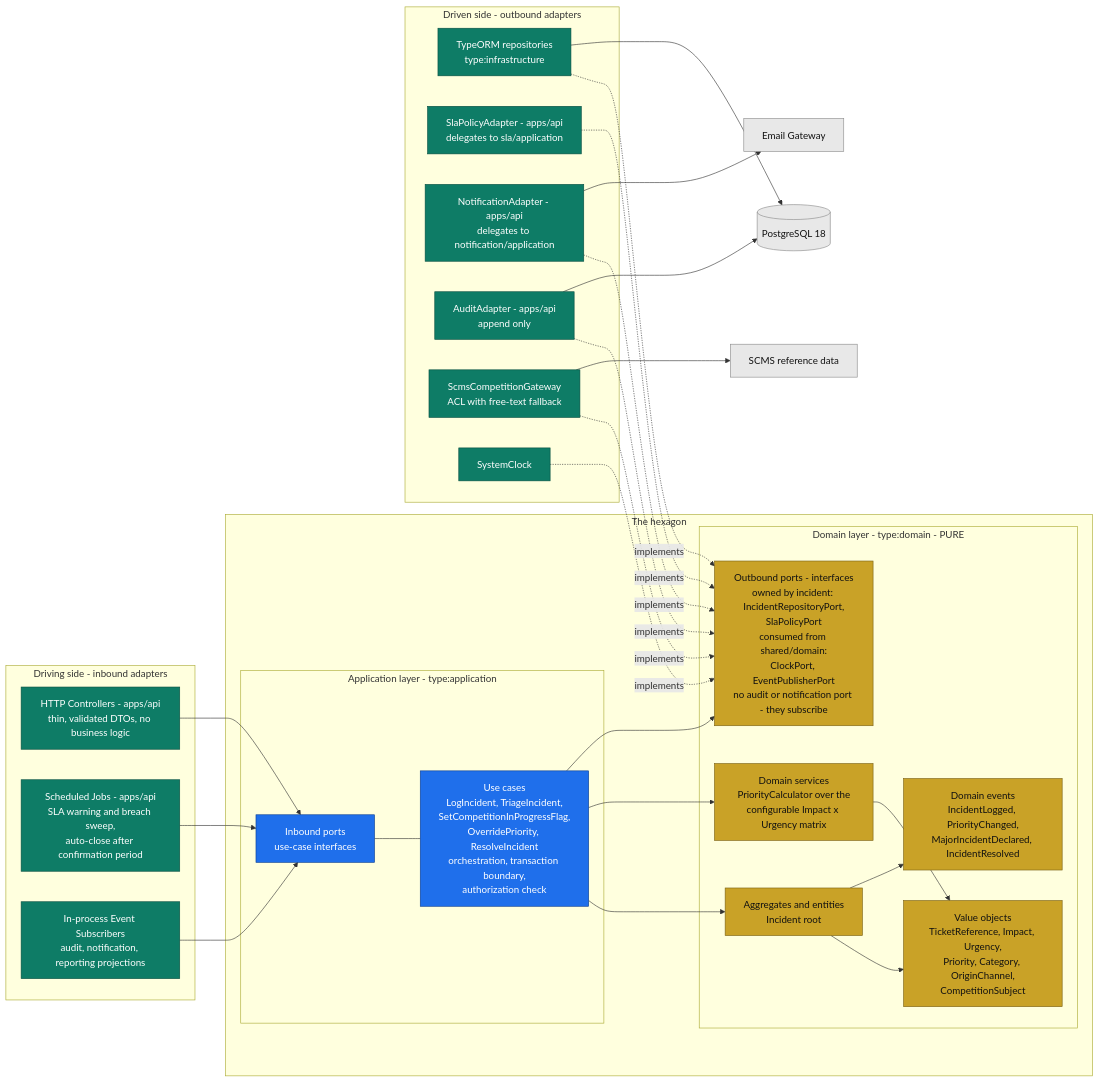
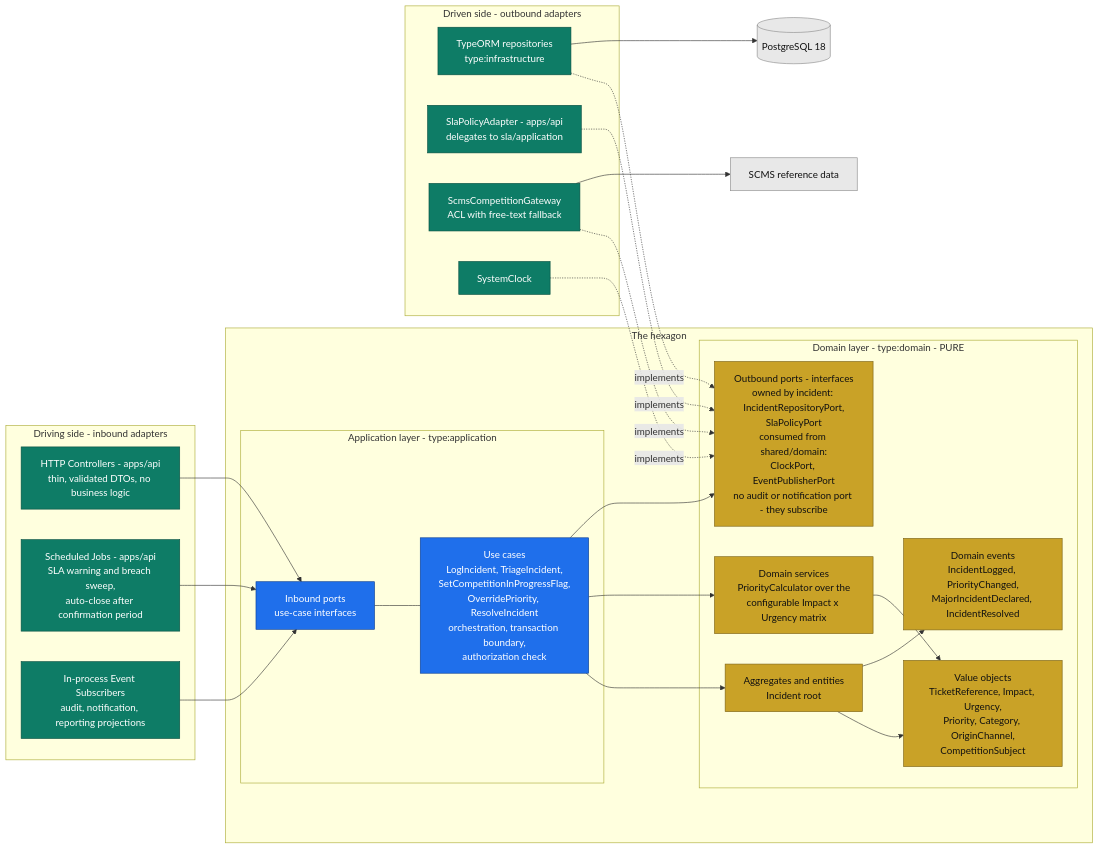
Before and after one commit to igomez-ai4devs-projects/AI4Devs-finalproject: the sixth of 9 diagrams in docs/product/ARCHITECTURE.md, drawn with Mermaid. The commit also changed other lines of this file and 7 other files, not shown here.

````diff
--- a/docs/product/ARCHITECTURE.md
+++ b/docs/product/ARCHITECTURE.md
@@ -646,67 +646,60 @@
 ```mermaid
 flowchart LR
     subgraph driving["Driving side - inbound adapters"]
         HTTP["HTTP Controllers - apps/api<br/>thin, validated DTOs, no business logic"]
         SCHED["Scheduled Jobs - apps/api<br/>SLA warning and breach sweep,<br/>auto-close after confirmation period"]
         EVTIN["In-process Event Subscribers<br/>audit, notification, reporting projections"]
     end
 
     subgraph hex["The hexagon"]
         subgraph applayer["Application layer - type:application"]
             UC["Use cases<br/>LogIncident, TriageIncident,<br/>SetCompetitionInProgressFlag,<br/>OverridePriority, ResolveIncident<br/>orchestration, transaction boundary,<br/>authorization check"]
             IP["Inbound ports<br/>use-case interfaces"]
         end
         subgraph domlayer["Domain layer - type:domain - PURE"]
             AGG["Aggregates and entities<br/>Incident root"]
             VO["Value objects<br/>TicketReference, Impact, Urgency,<br/>Priority, Category, OriginChannel,<br/>CompetitionSubject"]
             DS["Domain services<br/>PriorityCalculator over the<br/>configurable Impact x Urgency matrix"]
             DE["Domain events<br/>IncidentLogged, PriorityChanged,<br/>MajorIncidentDeclared, IncidentResolved"]
             OP["Outbound ports - interfaces<br/>owned by incident: IncidentRepositoryPort,<br/>SlaPolicyPort<br/>consumed from shared/domain:<br/>ClockPort, EventPublisherPort<br/>no audit or notification port - they subscribe"]
         end
     end
 
     subgraph driven["Driven side - outbound adapters"]
         REPO["TypeORM repositories<br/>type:infrastructure"]
         SLAAD["SlaPolicyAdapter - apps/api<br/>delegates to sla/application"]
-        NOTAD["NotificationAdapter - apps/api<br/>delegates to notification/application"]
-        AUDAD["AuditAdapter - apps/api<br/>append only"]
         SCMSAD["ScmsCompetitionGateway<br/>ACL with free-text fallback"]
         CLOCK["SystemClock"]
     end
 
     DBX[("PostgreSQL 18")]
-    MAILX["Email Gateway"]
     SCMSX["SCMS reference data"]
 
     HTTP --> IP
     SCHED --> IP
     EVTIN --> IP
     IP --- UC
     UC --> AGG
     UC --> DS
     UC --> OP
     AGG --> VO
     AGG --> DE
     DS --> VO
 
     REPO -.->|"implements"| OP
     SLAAD -.->|"implements"| OP
-    NOTAD -.->|"implements"| OP
-    AUDAD -.->|"implements"| OP
     SCMSAD -.->|"implements"| OP
     CLOCK -.->|"implements"| OP
 
     REPO --> DBX
-    AUDAD --> DBX
-    NOTAD --> MAILX
     SCMSAD --> SCMSX
 
     classDef dom fill:#c9a227,stroke:#7a6115,color:#111111
     classDef app fill:#1f6feb,stroke:#0b3d91,color:#ffffff
     classDef adp fill:#0e7c66,stroke:#064e40,color:#ffffff
     classDef ext fill:#e8e8e8,stroke:#8b8b8b,color:#111111
     class AGG,VO,DS,DE,OP dom
     class UC,IP app
-    class HTTP,SCHED,EVTIN,REPO,SLAAD,NOTAD,AUDAD,SCMSAD,CLOCK adp
-    class DBX,MAILX,SCMSX ext
+    class HTTP,SCHED,EVTIN,REPO,SLAAD,SCMSAD,CLOCK adp
+    class DBX,SCMSX ext
 ```
````
